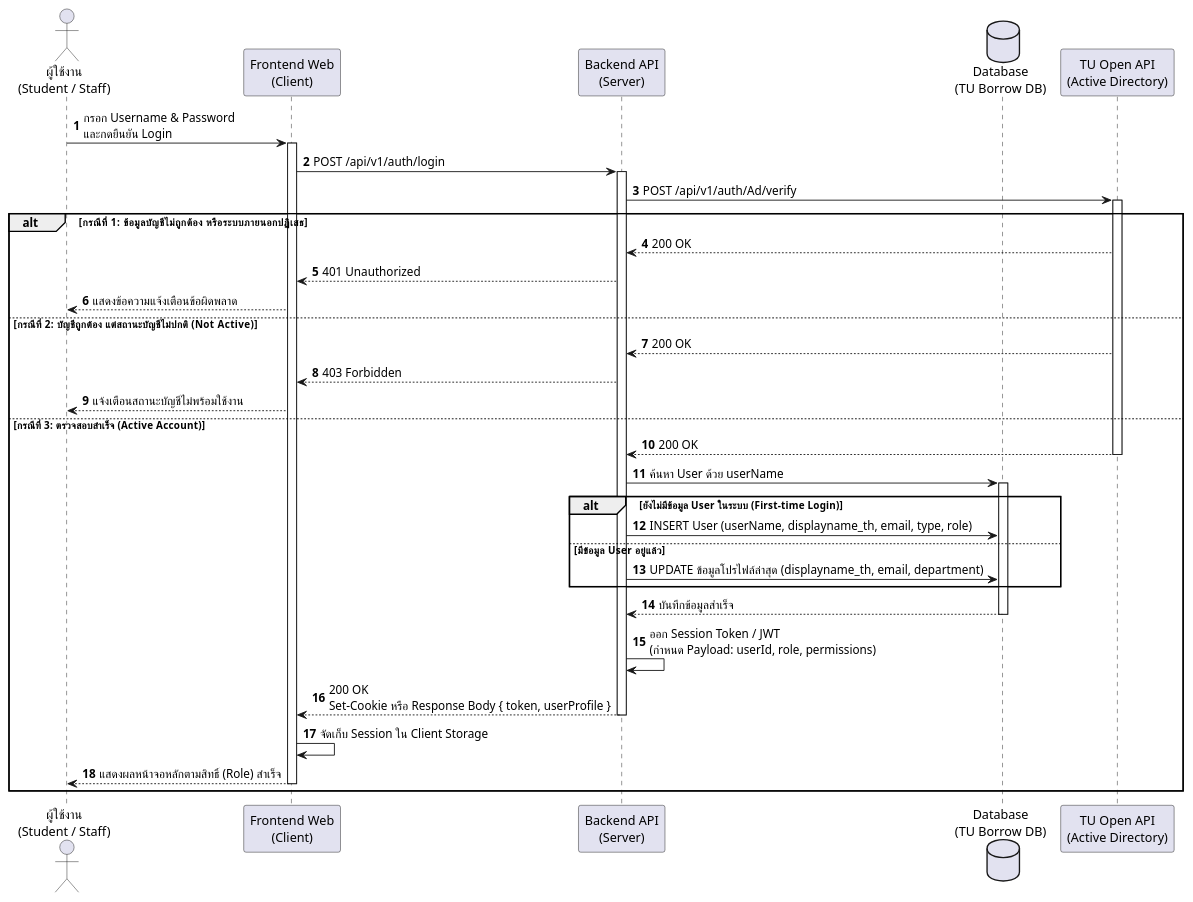
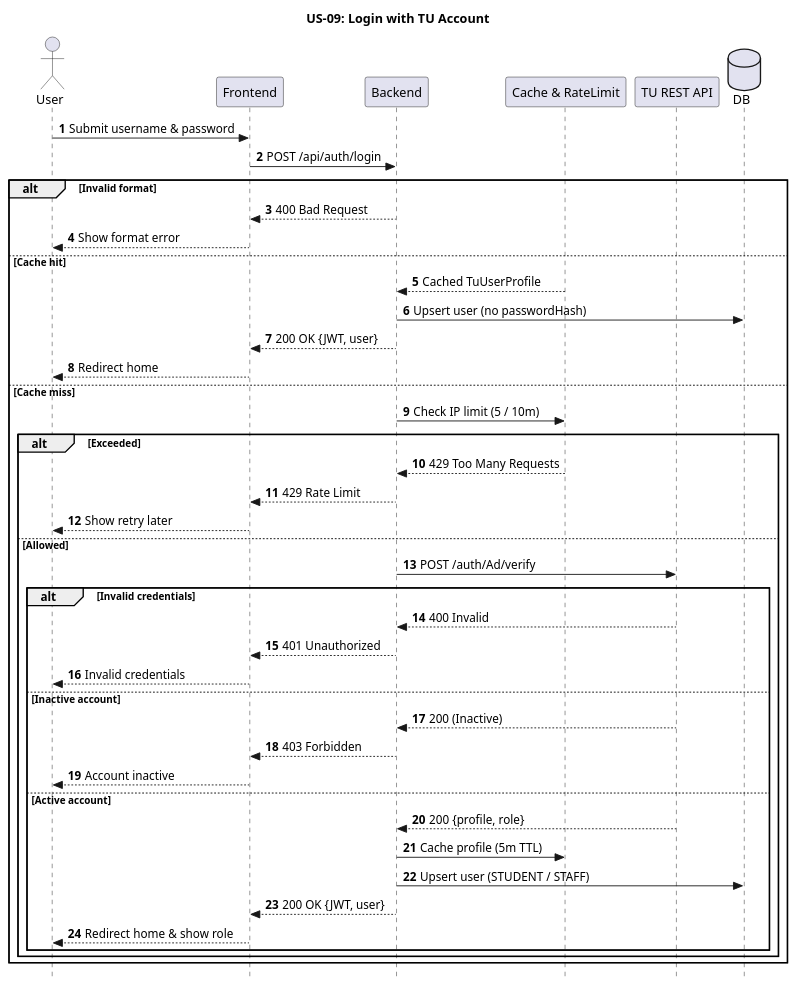
The diagram in docs/project/user-stories/uml/login.puml (nrokariw/CS261_G06), drawn with PlantUML before and after one commit. The commit also changed 16 other files, not shown here.

Commit message:
docs(uml): add DFD diagrams and simplify US-01 to US-09 UML diagrams in English

```diff
--- a/docs/project/user-stories/uml/login.puml
+++ b/docs/project/user-stories/uml/login.puml
@@ -1,54 +1,49 @@
 @startuml
+title US-09: Login with TU Account
+skinparam style strictuml
 autonumber
 
-actor "ผู้ใช้งาน\n(Student / Staff)" as User
-participant "Frontend Web\n(Client)" as FE
-participant "Backend API\n(Server)" as BE
-database "Database\n(TU Borrow DB)" as DB
-participant "TU Open API\n(Active Directory)" as TUAPI
+actor User
+participant Frontend
+participant Backend
+participant "Cache & RateLimit" as Guard
+participant "TU REST API" as TU
+database DB
 
-User -> FE : กรอก Username & Password\nและกดยืนยัน Login
-activate FE
+User -> Frontend : Submit username & password
+Frontend -> Backend : POST /api/auth/login
 
-FE -> BE : POST /api/v1/auth/login
-activate BE
-
-BE -> TUAPI : POST /api/v1/auth/Ad/verify
-activate TUAPI
-
-alt กรณีที่ 1: ข้อมูลบัญชีไม่ถูกต้อง หรือระบบภายนอกปฏิเสธ
-    TUAPI --> BE : 200 OK
-    BE --> FE : 401 Unauthorized
-    FE --> User : แสดงข้อความแจ้งเตือนข้อผิดพลาด
-
-else กรณีที่ 2: บัญชีถูกต้อง แต่สถานะบัญชีไม่ปกติ (Not Active)
-    TUAPI --> BE : 200 OK
-    BE --> FE : 403 Forbidden
-    FE --> User : แจ้งเตือนสถานะบัญชีไม่พร้อมใช้งาน
-
-else กรณีที่ 3: ตรวจสอบสำเร็จ (Active Account)
-    TUAPI --> BE : 200 OK
-    deactivate TUAPI
-
-    BE -> DB : ค้นหา User ด้วย userName
-    activate DB
-
-    alt ยังไม่มีข้อมูล User ในระบบ (First-time Login)
-        BE -> DB : INSERT User (userName, displayname_th, email, type, role)
-    else มีข้อมูล User อยู่แล้ว
-        BE -> DB : UPDATE ข้อมูลโปรไฟล์ล่าสุด (displayname_th, email, department)
+alt Invalid format
+    Backend --> Frontend : 400 Bad Request
+    Frontend --> User : Show format error
+else Cache hit
+    Guard --> Backend : Cached TuUserProfile
+    Backend -> DB : Upsert user (no passwordHash)
+    Backend --> Frontend : 200 OK {JWT, user}
+    Frontend --> User : Redirect home
+else Cache miss
+    Backend -> Guard : Check IP limit (5 / 10m)
+    alt Exceeded
+        Guard --> Backend : 429 Too Many Requests
+        Backend --> Frontend : 429 Rate Limit
+        Frontend --> User : Show retry later
+    else Allowed
+        Backend -> TU : POST /auth/Ad/verify
+        alt Invalid credentials
+            TU --> Backend : 400 Invalid
+            Backend --> Frontend : 401 Unauthorized
+            Frontend --> User : Invalid credentials
+        else Inactive account
+            TU --> Backend : 200 (Inactive)
+            Backend --> Frontend : 403 Forbidden
+            Frontend --> User : Account inactive
+        else Active account
+            TU --> Backend : 200 {profile, role}
+            Backend -> Guard : Cache profile (5m TTL)
+            Backend -> DB : Upsert user (STUDENT / STAFF)
+            Backend --> Frontend : 200 OK {JWT, user}
+            Frontend --> User : Redirect home & show role
+        end
     end
-    DB --> BE : บันทึกข้อมูลสำเร็จ
-    deactivate DB
-
-    BE -> BE : ออก Session Token / JWT\n(กำหนด Payload: userId, role, permissions)
-    
-    BE --> FE : 200 OK\nSet-Cookie หรือ Response Body { token, userProfile }
-    deactivate BE
-
-    FE -> FE : จัดเก็บ Session ใน Client Storage
-    FE --> User : แสดงผลหน้าจอหลักตามสิทธิ์ (Role) สำเร็จ
-    deactivate FE
 end
-
 @enduml
```
